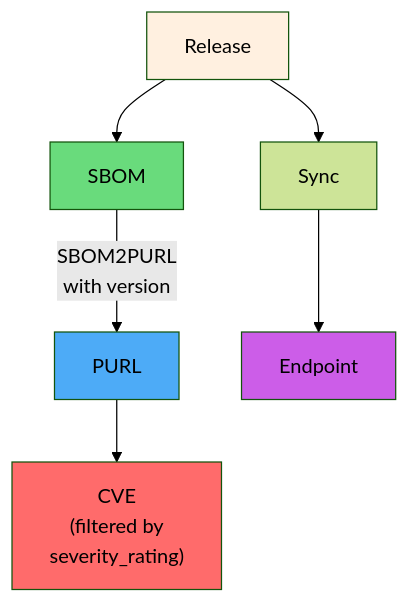
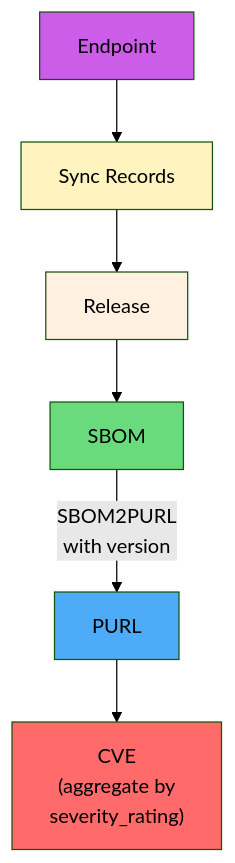
One commit to ortelius/cve2release-tracker changed diagram 21 of 23 in design.md. Above: the diagram before and after it, drawn with Mermaid (forest theme). The commit also changed other lines of this file, not shown here.

````diff
--- a/design.md
+++ b/design.md
@@ -1187,14 +1314,15 @@
 ```mermaid
 flowchart TB
-    Release["Release"] --> SBOM["SBOM"]
+    Endpoint["Endpoint"] --> Sync["Sync Records"]
+    Sync --> Release["Release"]
+    Release --> SBOM["SBOM"]
     SBOM -->|SBOM2PURL<br/>with version| PURL["PURL"]
-    PURL --> CVE["CVE<br/>(filtered by<br/>severity_rating)"]
-    Release --> Sync["Sync"]
-    Sync --> Endpoint["Endpoint"]
+    PURL --> CVE["CVE<br/>(aggregate by<br/>severity_rating)"]
     
+    style Endpoint fill:#cc5de8
+    style Sync fill:#fff3bf
     style Release fill:#fff0e0
     style SBOM fill:#69db7c
     style PURL fill:#4dabf7
     style CVE fill:#ff6b6b
-    style Endpoint fill:#cc5de8
 ```
````
